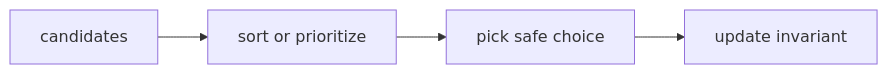
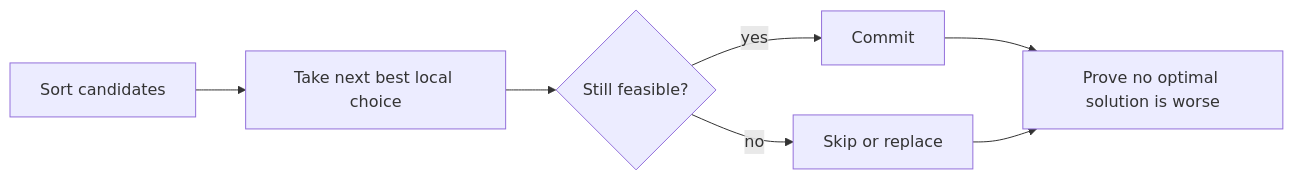
The diagram in greedy/README.md (Icon1cc/Data-Structures-and-Algorithms), drawn with Mermaid before and after one commit. The commit also changed other lines of this file and 112 other files, not shown here.

````diff
--- a/greedy/README.md
+++ b/greedy/README.md
@@ -55,6 +60,9 @@
 ```mermaid
 flowchart LR
-    A[candidates] --> B[sort or prioritize]
-    B --> C[pick safe choice]
-    C --> D[update invariant]
+    A[Sort candidates] --> B[Take next best local choice]
+    B --> C{Still feasible?}
+    C -->|yes| D[Commit]
+    C -->|no| E[Skip or replace]
+    D --> F[Prove no optimal solution is worse]
+    E --> F
 ```
````
